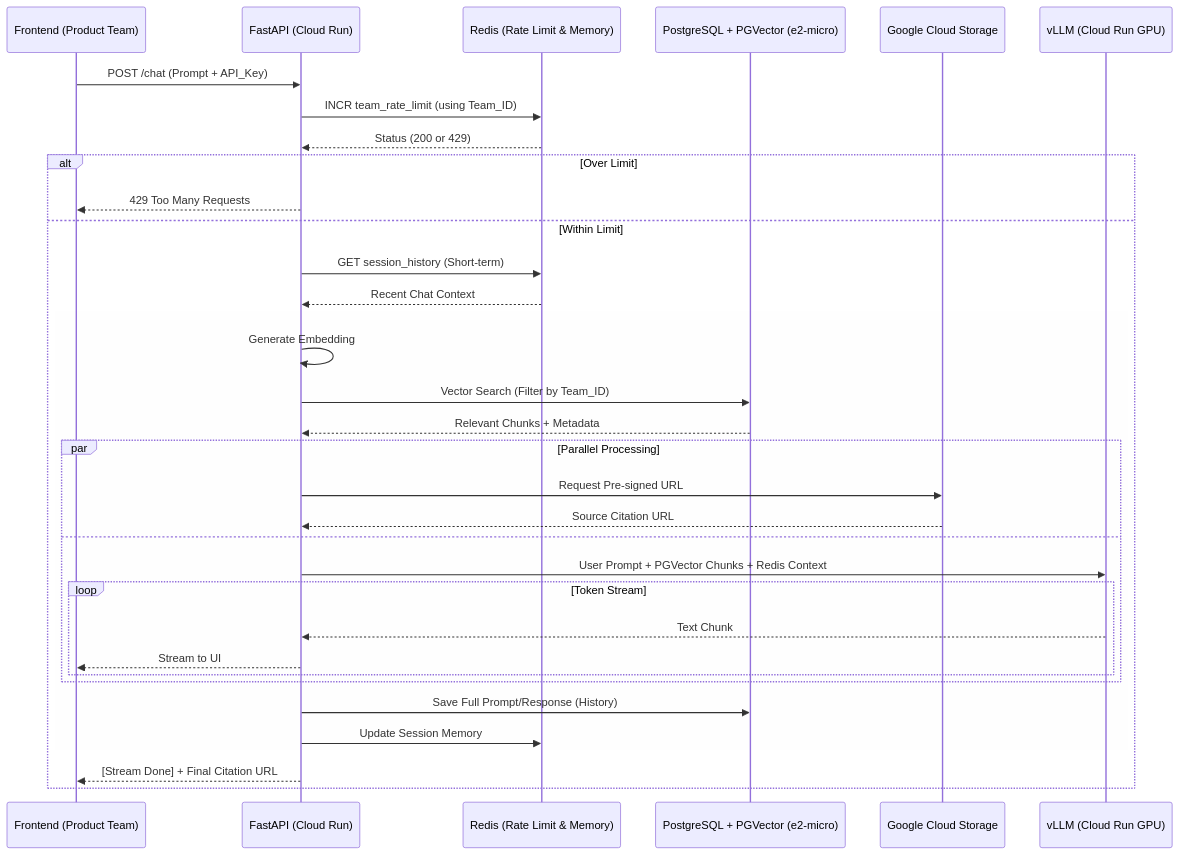
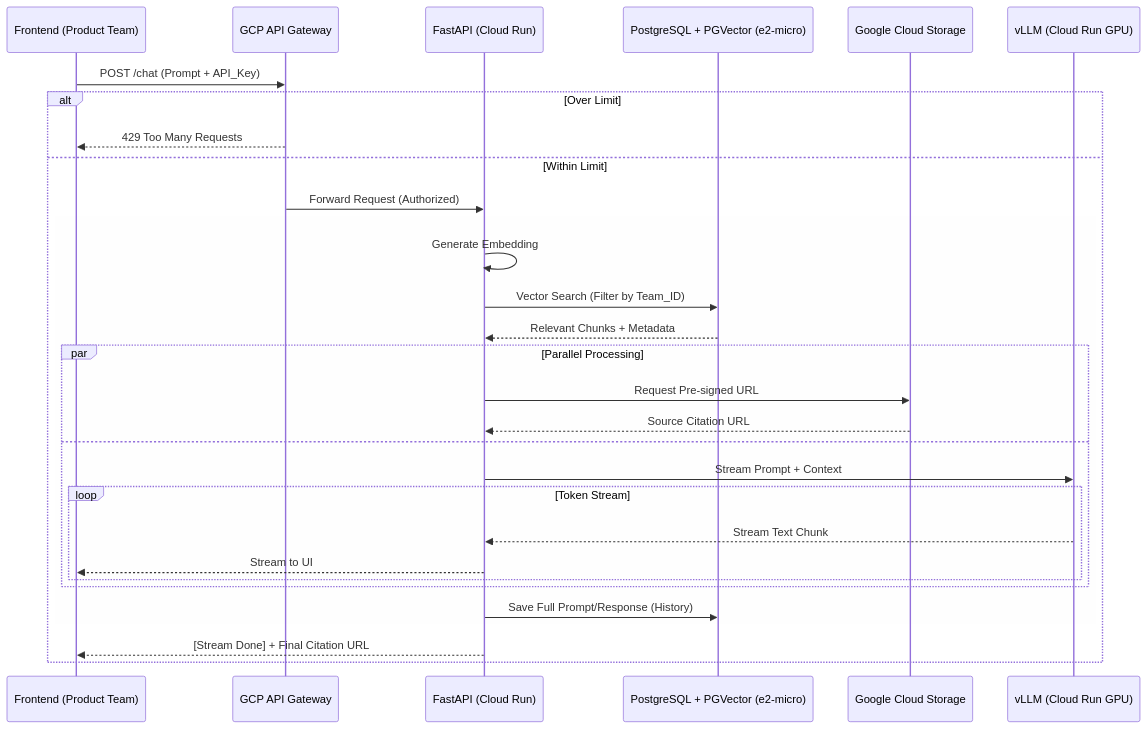
One commit to Caleb-Hageman/ai-infra changed the diagram in sequence.md. Above: the diagram before and after it, drawn with Mermaid.

Commit message:
removed redis added GCP API Gateway

````diff
--- a/sequence.md
+++ b/sequence.md
@@ -1,44 +1,39 @@
 ```mermaid
     sequenceDiagram
     participant FE as Frontend (Product Team)
+    participant GW as GCP API Gateway
     participant API as FastAPI (Cloud Run)
-    participant R as Redis (Rate Limit & Memory)
     participant DB as PostgreSQL + PGVector (e2-micro)
     participant GCS as Google Cloud Storage
     participant GPU as vLLM (Cloud Run GPU)
 
-    FE->>API: POST /chat (Prompt + API_Key)
-    
-    API->>R: INCR team_rate_limit (using Team_ID)
-    R-->>API: Status (200 or 429)
+    FE->>GW: POST /chat (Prompt + API_Key)
 
     alt Over Limit
-        API-->>FE: 429 Too Many Requests
+        GW-->>FE: 429 Too Many Requests
     else Within Limit
-        API->>R: GET session_history (Short-term)
-        R-->>API: Recent Chat Context
-
+        GW->>API: Forward Request (Authorized)
+        
         rect rgba(240, 240, 240, 0.1)
             API->>API: Generate Embedding
             
             API->>DB: Vector Search (Filter by Team_ID)
             DB-->>API: Relevant Chunks + Metadata
             
             par Parallel Processing
                 API->>GCS: Request Pre-signed URL
                 GCS-->>API: Source Citation URL
             and
-                API->>GPU: User Prompt + PGVector Chunks + Redis Context
+                API->>GPU: Stream Prompt + Context
                 loop Token Stream
-                    GPU-->>API: Text Chunk
+                    GPU-->>API: Stream Text Chunk
                     API-->>FE: Stream to UI
                 end
             end
             
             API->>DB: Save Full Prompt/Response (History)
-            API->>R: Update Session Memory
         end
         
         API-->>FE: [Stream Done] + Final Citation URL
     end
 ```
````
